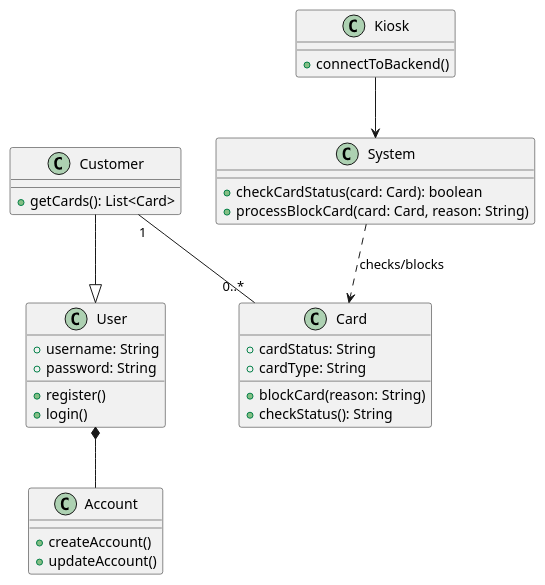
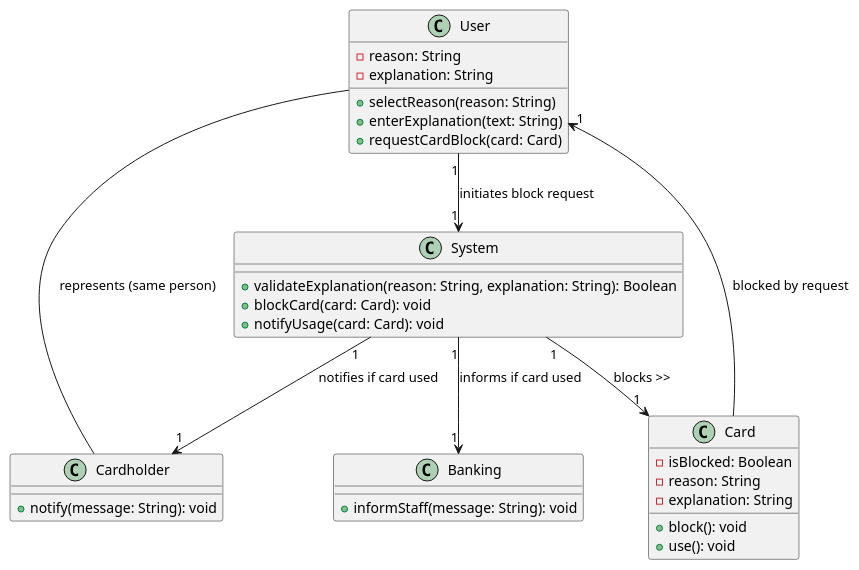
One commit to RayWP/pfsa-id changed the diagram in survey-ud/gen-r-ent-o3-mini/R26_BlockCard_class_diagram.puml. Above: the diagram before and after it, drawn with PlantUML. The commit also changed 40 other files, not shown here.

```diff
--- a/survey-ud/gen-r-ent-o3-mini/R26_BlockCard_class_diagram.puml
+++ b/survey-ud/gen-r-ent-o3-mini/R26_BlockCard_class_diagram.puml
@@ -1,53 +1,47 @@
 @startuml
+' Define classes
 
-' Define classes
-class Account {
-  +createAccount()
-  +updateAccount()
-}
-
-class Kiosk {
-  +connectToBackend()
+class User {
+  - reason: String
+  - explanation: String
+  + selectReason(reason: String)
+  + enterExplanation(text: String)
+  + requestCardBlock(card: Card)
 }
 
 class System {
-  +checkCardStatus(card: Card): boolean
-  +processBlockCard(card: Card, reason: String)
-}
-
-class User {
-  +username: String
-  +password: String
-  +register()
-  +login()
-}
-
-class Customer {
-  +getCards(): List<Card>
+  + validateExplanation(reason: String, explanation: String): Boolean
+  + blockCard(card: Card): void
+  + notifyUsage(card: Card): void
 }
 
 class Card {
-  +cardStatus: String
-  +cardType: String
-  +blockCard(reason: String)
-  +checkStatus(): String
+  - isBlocked: Boolean
+  - reason: String
+  - explanation: String
+  + block(): void
+  + use(): void
 }
 
-' Define relationships
+class Banking {
+  + informStaff(message: String): void
+}
 
-' Customer is a type of User
-Customer --|> User
+class Cardholder {
+  + notify(message: String): void
+}
 
-' A User (Customer) has an Account (composition)
-User *-- Account
+' Relationships
 
-' A Customer can have multiple Cards (aggregation)
-Customer "1" -- "0..*" Card
+User "1" --> "1" System : initiates block request
+System "1" --> "1" Card : blocks >>
+System "1" --> "1" Banking : informs if card used
+System "1" --> "1" Cardholder : notifies if card used
 
-' Kiosk communicates with System
-Kiosk --> System
+' Additional relation: User is associated with Cardholder
+User -- Cardholder : represents (same person)
 
-' System interacts with Card (invokes methods)
-System ..> Card : checks/blocks
+' Optional: Card has a reason attribute that comes from User input.
+Card --> "1" User : blocked by request
 
 @enduml
```
